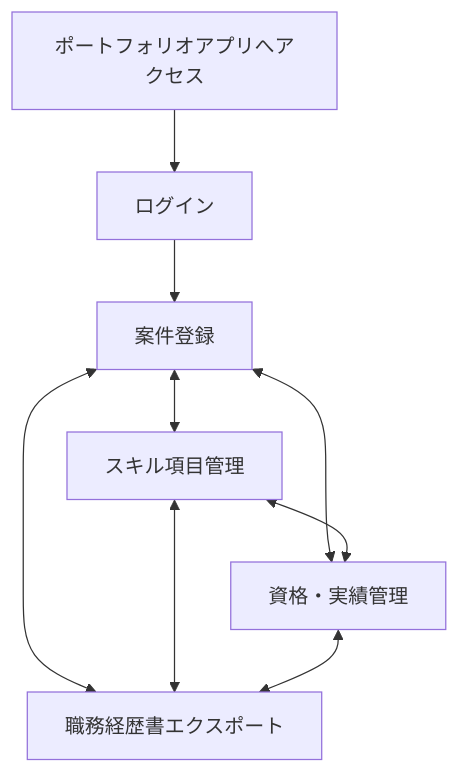
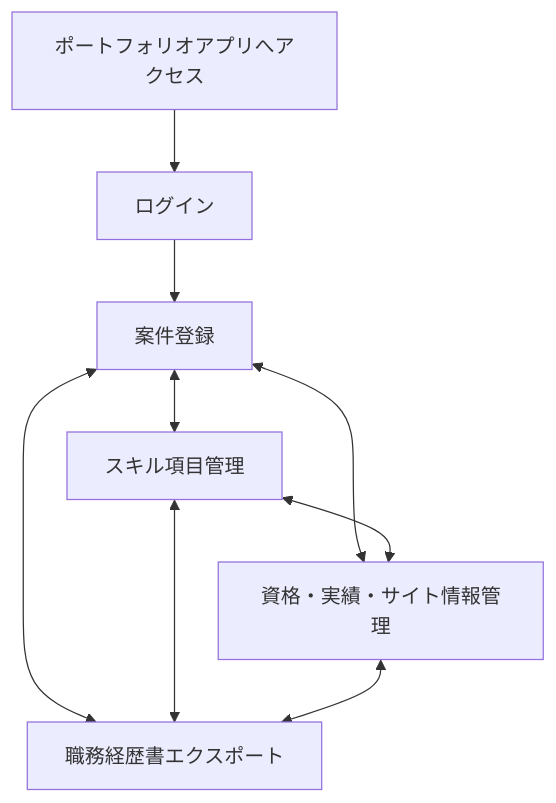
One commit to Seiya-Nakagawa/Portfolio changed the third of 4 diagrams in docs/02.design/DESIGN.md. Above: the diagram before and after it, drawn with Mermaid. The commit also changed other lines of this file and 19 other files, not shown here.

````diff
--- a/docs/02.design/DESIGN.md
+++ b/docs/02.design/DESIGN.md
@@ -283,11 +307,11 @@
 ```mermaid
 flowchart TD
     Start["ポートフォリオアプリへアクセス"] --> Login["ログイン"]
     Login --> Project["案件登録"]
     Project <--> Skill["スキル項目管理"]
-    Project <--> CertWork["資格・実績管理"]
+    Project <--> CertWork["資格・実績・サイト情報管理"]
     Project <--> Output["職務経歴書エクスポート"]
     Skill <--> CertWork
     Skill <--> Output
     CertWork <--> Output
 ```
````
